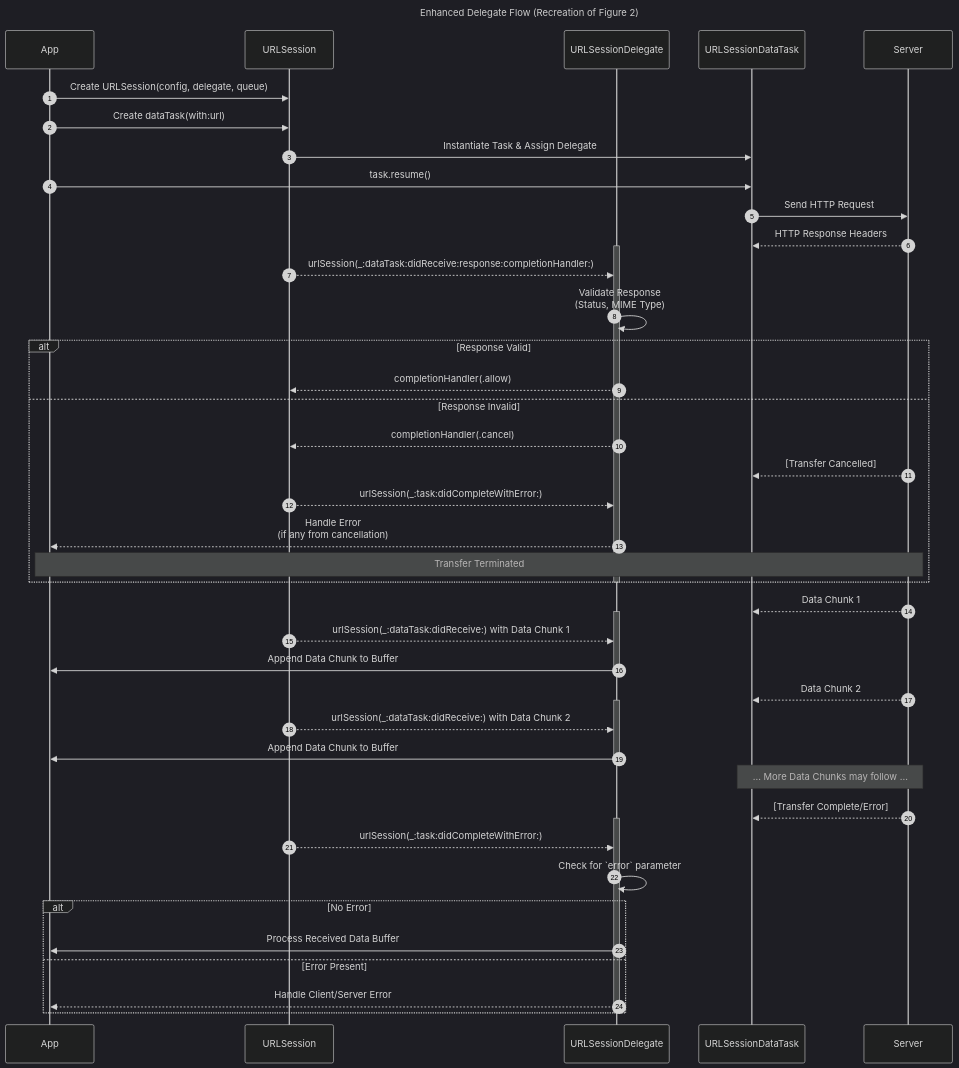
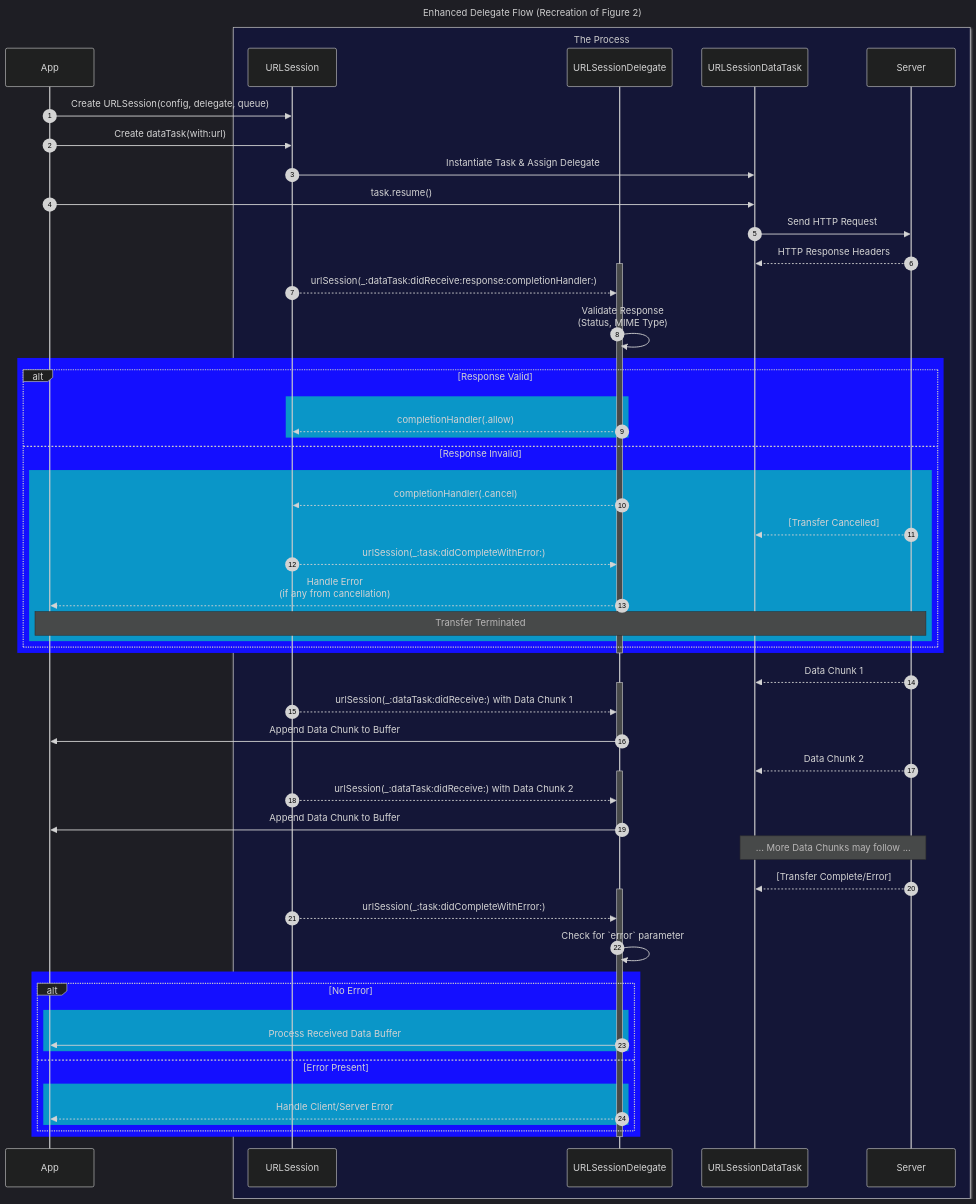
One commit to CongLeSolutionX/iOS-development-vault changed the fourth of 5 diagrams in WEB_TECH/Fetching_website_data_into_memory/Fetching_website_data_into_memory_V2.md. Above: the diagram before and after it, drawn with Mermaid. The commit also changed other lines of this file, not shown here.

Commit message:
update notes

````diff
--- a/WEB_TECH/Fetching_website_data_into_memory/Fetching_website_data_into_memory_V2.md
+++ b/WEB_TECH/Fetching_website_data_into_memory/Fetching_website_data_into_memory_V2.md
@@ -182,62 +182,79 @@
 ```mermaid
 ---
 title: Enhanced Delegate Flow (Recreation of Figure 2)
 config:
   layout: elk
   look: handDrawn
   theme: dark
 ---
 sequenceDiagram
     autonumber
     participant App
-    participant URLSession
-    participant URLSessionDelegate
-    participant URLSessionDataTask
-    participant Server
+
+    box rgb(20, 22, 55) The Process
+        participant URLSession
+        participant URLSessionDelegate
+        participant URLSessionDataTask
+        participant Server
+    end
 
     App->>URLSession: Create URLSession(config, delegate, queue)
     App->>URLSession: Create dataTask(with:url)
     URLSession->>URLSessionDataTask: Instantiate Task & Assign Delegate
     App->>URLSessionDataTask: task.resume()
     URLSessionDataTask->>Server: Send HTTP Request
     Server-->>URLSessionDataTask: HTTP Response Headers
 
     activate URLSessionDelegate
     URLSession-->>URLSessionDelegate: urlSession(_:dataTask:didReceive:response:completionHandler:)
     URLSessionDelegate->>URLSessionDelegate: Validate Response<br>(Status, MIME Type)
+    
+    rect rgb(20, 15, 255)
     alt Response Valid
+        rect rgb(10, 150, 200)
         URLSessionDelegate-->>URLSession: completionHandler(.allow)
+        end
     else Response Invalid
+        rect rgb(10, 150, 200)
         URLSessionDelegate-->>URLSession: completionHandler(.cancel)
         Server-->>URLSessionDataTask: [Transfer Cancelled]
         URLSession-->>URLSessionDelegate: urlSession(_:task:didCompleteWithError:)
         URLSessionDelegate-->>App: Handle Error<br>(if any from cancellation)
         Note over App, Server: Transfer Terminated
+        end
+    end
     end
     deactivate URLSessionDelegate
 
     Server-->>URLSessionDataTask: Data Chunk 1
     activate URLSessionDelegate
     URLSession-->>URLSessionDelegate: urlSession(_:dataTask:didReceive:) with Data Chunk 1
     URLSessionDelegate->>App: Append Data Chunk to Buffer
     deactivate URLSessionDelegate
 
     Server-->>URLSessionDataTask: Data Chunk 2
     activate URLSessionDelegate
     URLSession-->>URLSessionDelegate: urlSession(_:dataTask:didReceive:) with Data Chunk 2
     URLSessionDelegate->>App: Append Data Chunk to Buffer
     deactivate URLSessionDelegate
     Note over URLSessionDataTask, Server: ... More Data Chunks may follow ...
 
     Server-->>URLSessionDataTask: [Transfer Complete/Error]
     activate URLSessionDelegate
     URLSession-->>URLSessionDelegate: urlSession(_:task:didCompleteWithError:)
     URLSessionDelegate->>URLSessionDelegate: Check for `error` parameter
+    
+    rect rgb(20, 15, 255)
     alt No Error
+        rect rgb(10, 150, 200)
         URLSessionDelegate->>App: Process Received Data Buffer
+        end
     else Error Present
+        rect rgb(10, 150, 200)
         URLSessionDelegate-->>App: Handle Client/Server Error
+        end
+    end
     end
     deactivate URLSessionDelegate
     
 ```
````
